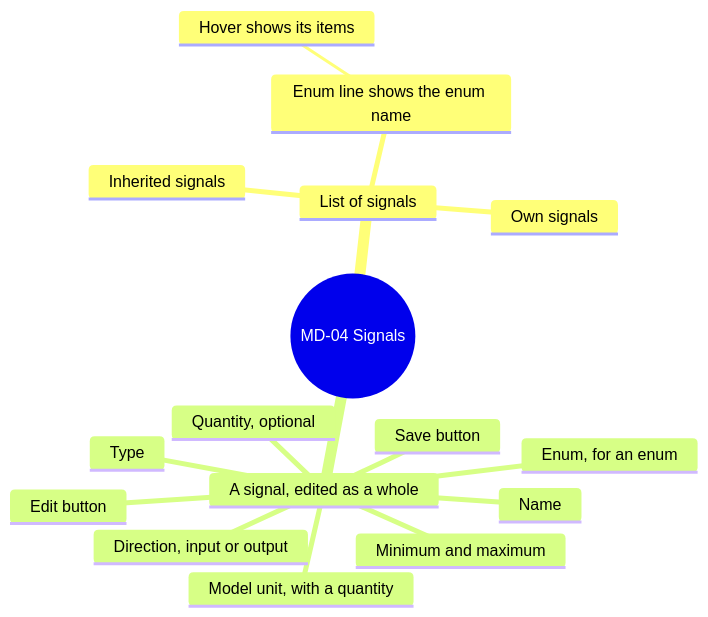
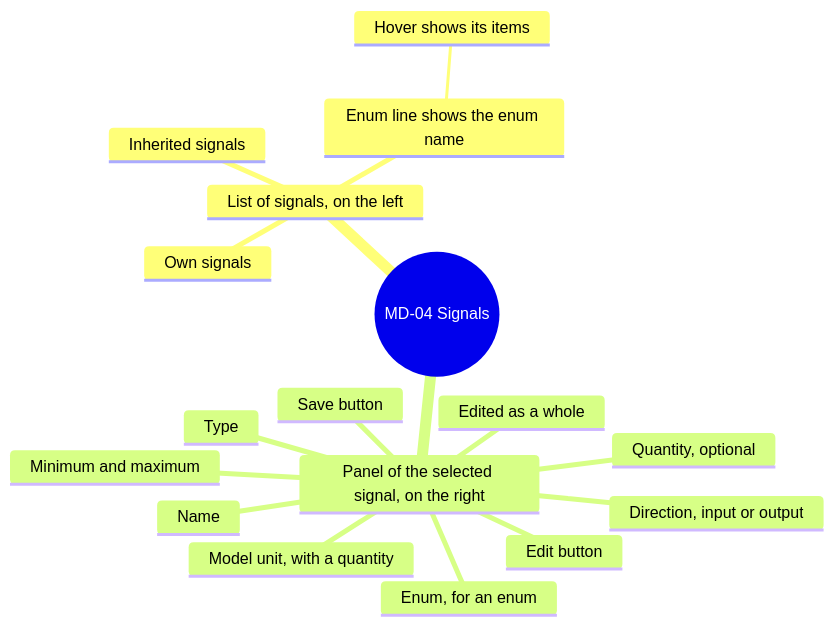
One commit to AlexandreGallais/synoptic-studio-spec changed the seventh of 13 diagrams in screens/metadata.md. Above: the diagram before and after it, drawn with Mermaid. The commit also changed other lines of this file and 20 other files, not shown here.

````diff
--- a/screens/metadata.md
+++ b/screens/metadata.md
@@ -140,19 +164,20 @@
 ```mermaid
 mindmap
   root((MD-04 Signals))
-    List of signals
+    List of signals, on the left
       Own signals
       Inherited signals
       Enum line shows the enum name
         Hover shows its items
-    A signal, edited as a whole
+    Panel of the selected signal, on the right
+      Edited as a whole
       Edit button
       Name
       Type
       Enum, for an enum
       Quantity, optional
       Model unit, with a quantity
       Minimum and maximum
       Direction, input or output
       Save button
 ```
````
